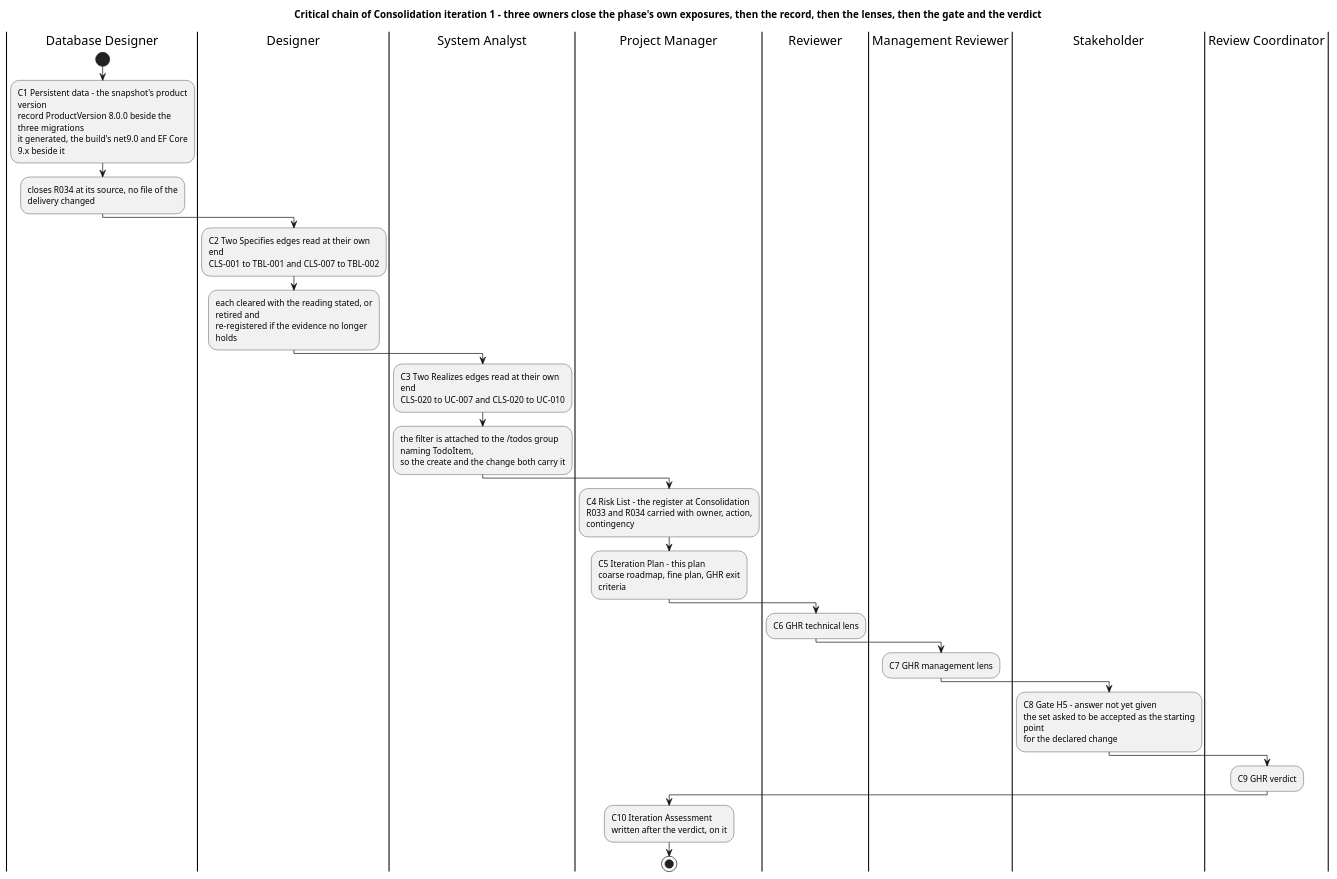
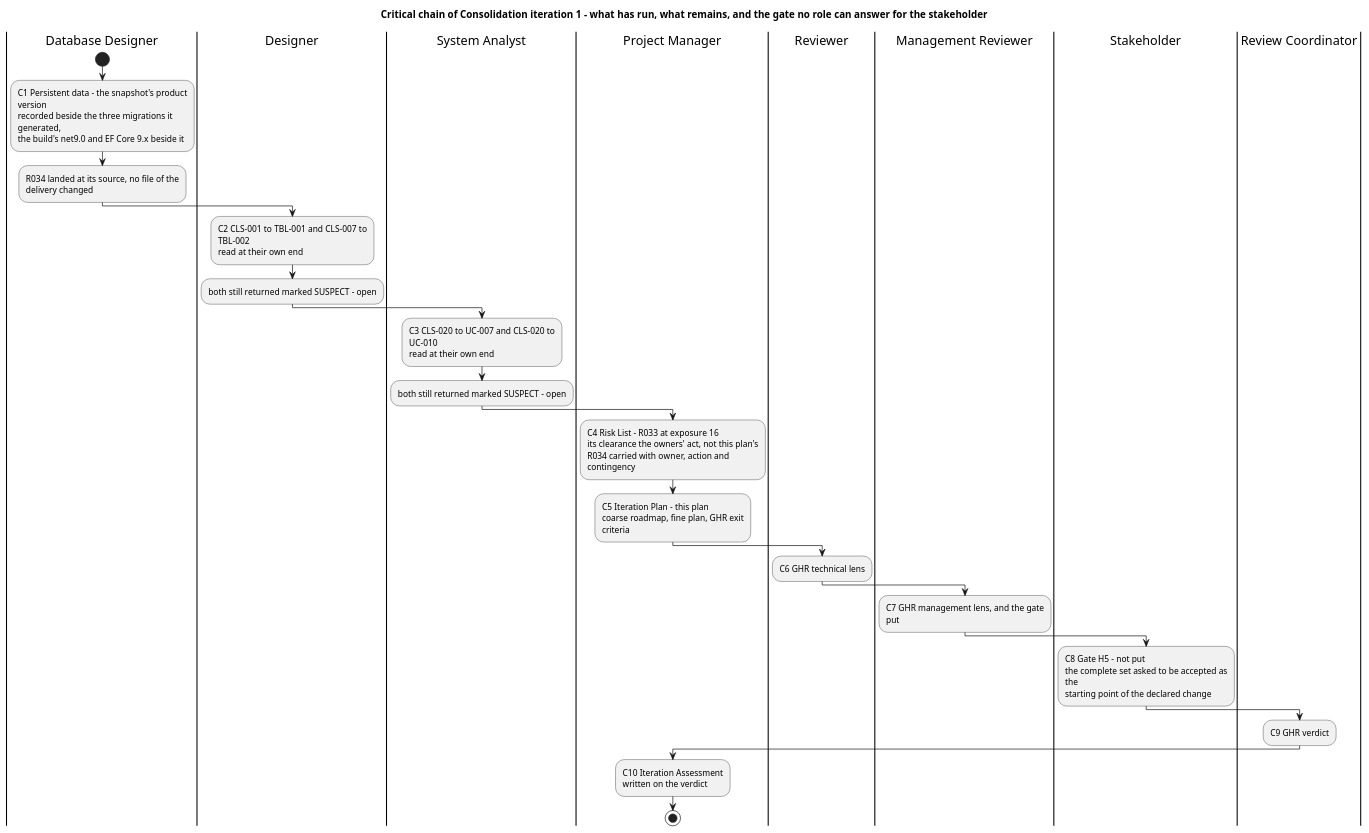
One commit to banense-test/TodoApp changed the third of 5 diagrams in docs/artifacts/project-management/iteration-plan.md. Above: the diagram before and after it, drawn with PlantUML. The commit also changed other lines of this file, not shown here.

Commit message:
Project Manager [Consolidation1]: upsert Iteration Plan
[skip ci]

````diff
--- a/docs/artifacts/project-management/iteration-plan.md
+++ b/docs/artifacts/project-management/iteration-plan.md
@@ -126,46 +128,50 @@
 ```plantuml
 @startuml
-title Critical chain of Consolidation iteration 1 - three owners close the phase's own exposures, then the record, then the lenses, then the gate and the verdict
+title Critical chain of Consolidation iteration 1 - what has run, what remains, and the gate no role can answer for the stakeholder
 skinparam shadowing false
 skinparam wrapWidth 245
 
 |Database Designer|
 start
 :C1 Persistent data - the snapshot's product version
-record ProductVersion 8.0.0 beside the three migrations
-it generated, the build's net9.0 and EF Core 9.x beside it;
-:closes R034 at its source, no file of the delivery changed;
+recorded beside the three migrations it generated,
+the build's net9.0 and EF Core 9.x beside it;
+:R034 landed at its source, no file of the delivery changed;
 
 |Designer|
-:C2 Two Specifies edges read at their own end
-CLS-001 to TBL-001 and CLS-007 to TBL-002;
-:each cleared with the reading stated, or retired and
-re-registered if the evidence no longer holds;
+:C2 CLS-001 to TBL-001 and CLS-007 to TBL-002
+read at their own end;
+:both still returned marked SUSPECT - open;
 
 |System Analyst|
-:C3 Two Realizes edges read at their own end
-CLS-020 to UC-007 and CLS-020 to UC-010;
-:the filter is attached to the /todos group naming TodoItem,
-so the create and the change both carry it;
+:C3 CLS-020 to UC-007 and CLS-020 to UC-010
+read at their own end;
+:both still returned marked SUSPECT - open;
 
 |Project Manager|
-:C4 Risk List - the register at Consolidation
-R033 and R034 carried with owner, action, contingency;
+:C4 Risk List - R033 at exposure 16
+its clearance the owners' act, not this plan's
+R034 carried with owner, action and contingency;
 :C5 Iteration Plan - this plan
 coarse roadmap, fine plan, GHR exit criteria;
+
 |Reviewer|
 :C6 GHR technical lens;
+
 |Management Reviewer|
-:C7 GHR management lens;
+:C7 GHR management lens, and the gate put;
+
 |Stakeholder|
-:C8 Gate H5 - answer not yet given
-the set asked to be accepted as the starting point
-for the declared change;
+:C8 Gate H5 - not put
+the complete set asked to be accepted as the
+starting point of the declared change;
+
 |Review Coordinator|
 :C9 GHR verdict;
+
 |Project Manager|
 :C10 Iteration Assessment
-written after the verdict, on it;
+written on the verdict;
 stop
 @enduml
 ```
````
